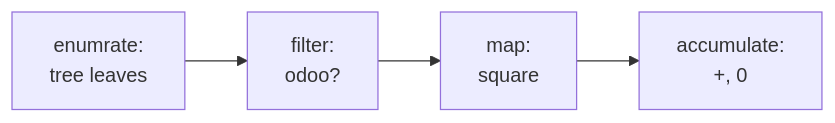
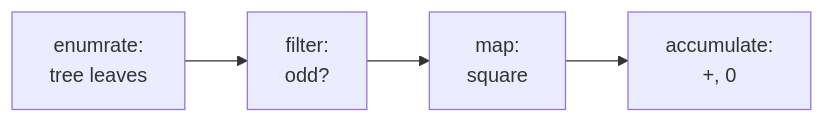
Before and after one commit to WeJie/sicp: the first of 2 diagrams in chapter 2/2.2.3 Sequences as Conventional Interfaces.md, drawn with Mermaid. The commit also changed 1 other file, not shown here.

Commit message:
Finish ex2.71 and ex2.72

````diff
--- a/chapter 2/2.2.3 Sequences as Conventional Interfaces.md
+++ b/chapter 2/2.2.3 Sequences as Conventional Interfaces.md
@@ -50,6 +50,6 @@
 ```mermaid
 graph LR
-A[enumrate: <br>tree leaves] --> B[filter: <br>odoo?]
+A[enumrate: <br>tree leaves] --> B[filter: <br>odd?]
 B --> C[map: <br> square]
 C --> D[accumulate: <br> +, 0]
 ```
````
